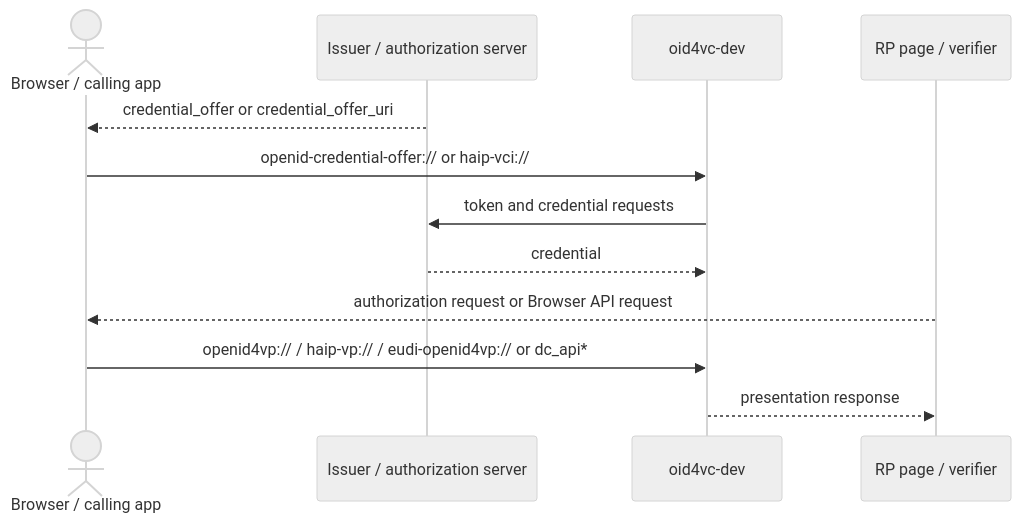
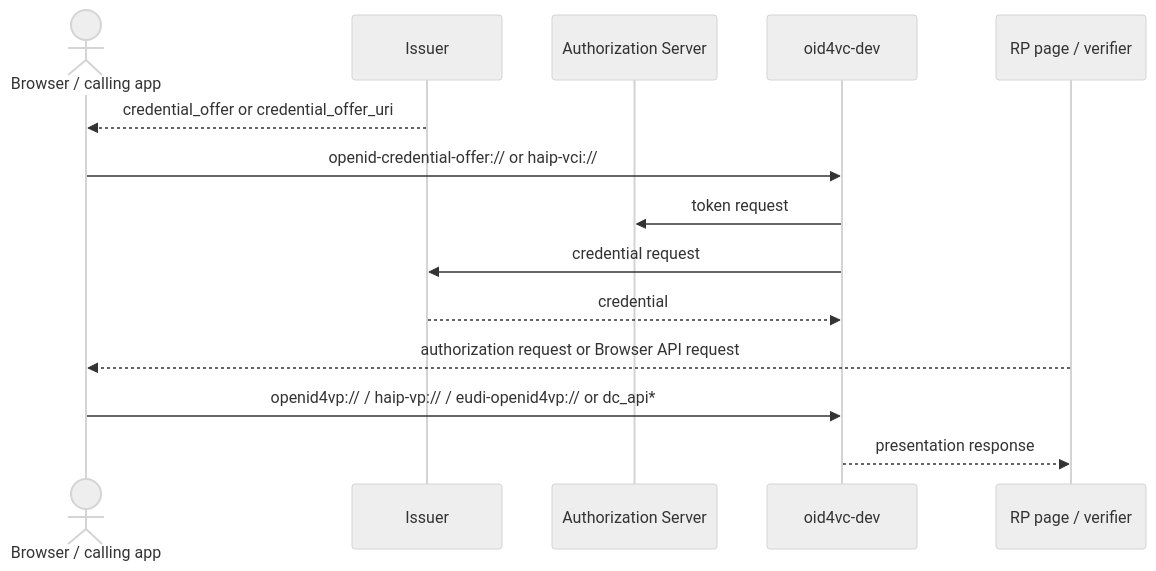
One commit to dominikschlosser/ssi-debugger changed the first of 2 diagrams in docs/diagrams/README.md. Above: the diagram before and after it, drawn with Mermaid (neutral theme). The commit also changed other lines of this file and 1 other file, not shown here.

Commit message:
docs: model AS and Issuer as separate entities

````diff
--- a/docs/diagrams/README.md
+++ b/docs/diagrams/README.md
@@ -16,16 +16,18 @@
 ```mermaid
 sequenceDiagram
     actor Browser as Browser / calling app
-    participant Issuer as Issuer / authorization server
+    participant Issuer
+    participant AS as Authorization Server
     participant Wallet as oid4vc-dev
     participant RP as RP page / verifier
 
     Issuer-->>Browser: credential_offer or credential_offer_uri
     Browser->>Wallet: openid-credential-offer:// or haip-vci://
-    Wallet->>Issuer: token and credential requests
+    Wallet->>AS: token request
+    Wallet->>Issuer: credential request
     Issuer-->>Wallet: credential
 
     RP-->>Browser: authorization request or Browser API request
     Browser->>Wallet: openid4vp:// / haip-vp:// / eudi-openid4vp:// or dc_api*
     Wallet-->>RP: presentation response
 ```
````
